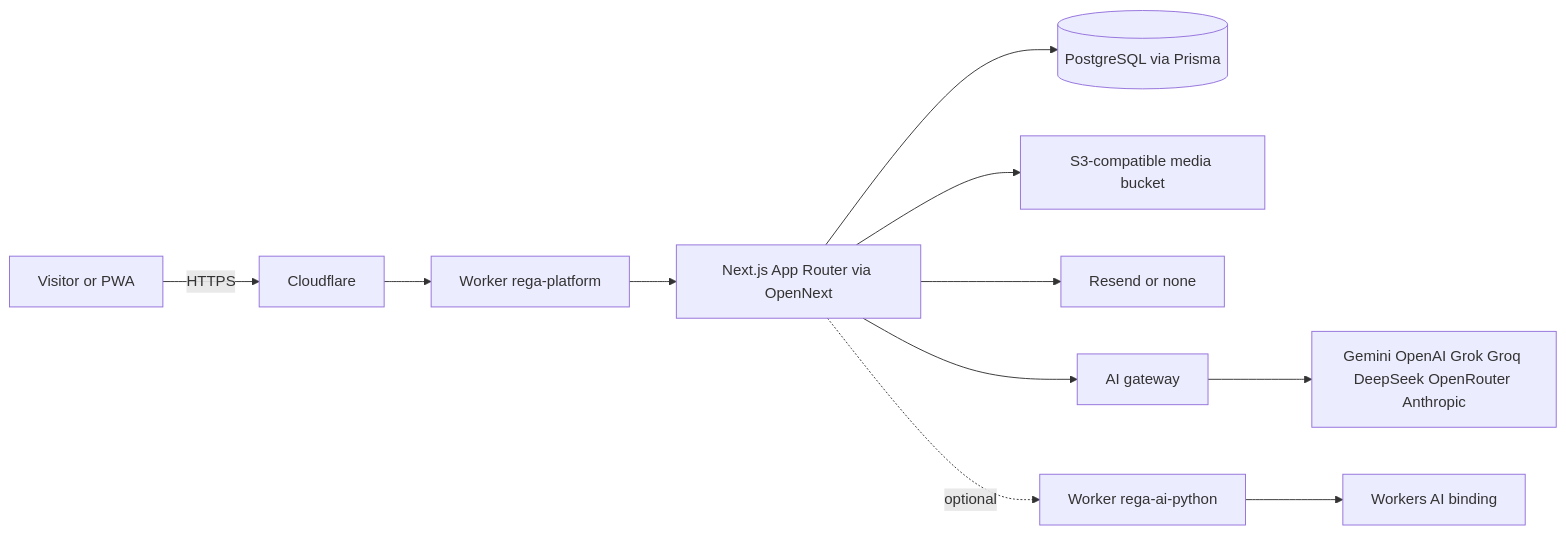
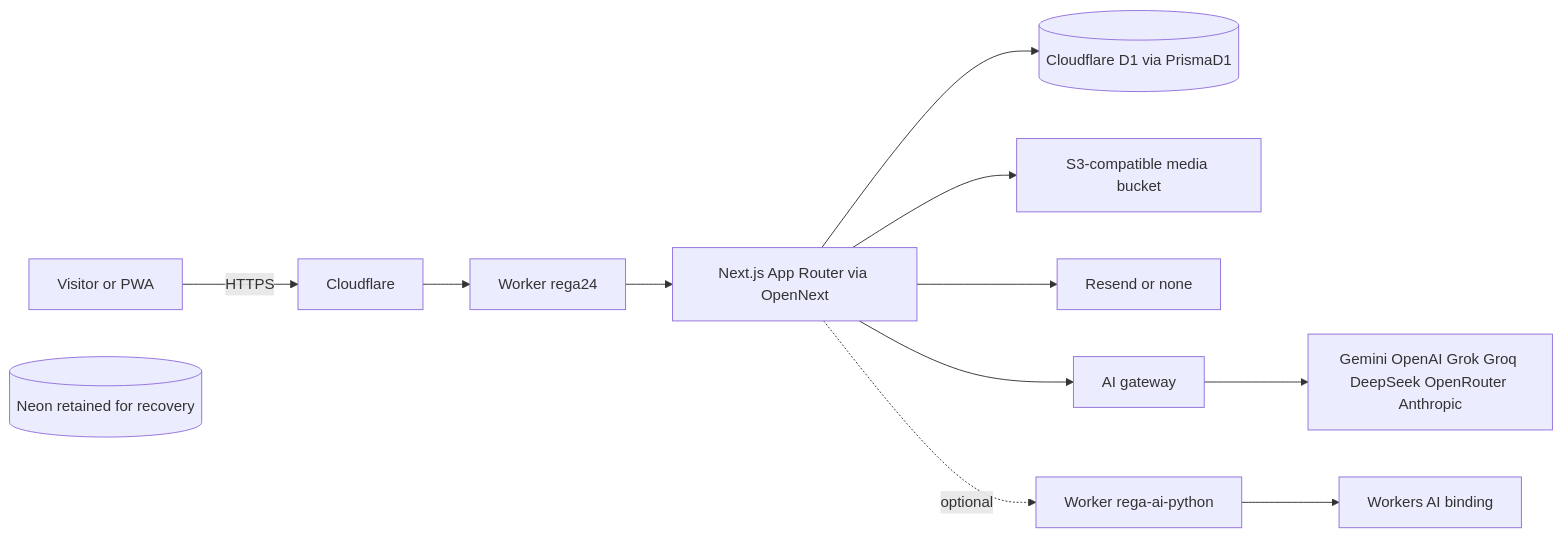
Before and after one commit to rebar9988-max/Rega: the first of 2 diagrams in REGA24_SYSTEM_MAP.md, drawn with Mermaid. The commit also changed other lines of this file and 5 other files, not shown here.

````diff
--- a/REGA24_SYSTEM_MAP.md
+++ b/REGA24_SYSTEM_MAP.md
@@ -41,13 +43,14 @@
 ```mermaid
 flowchart LR
   visitor[Visitor or PWA] -->|HTTPS| cf[Cloudflare]
-  cf --> worker[Worker rega-platform]
+  cf --> worker[Worker rega24]
   worker --> app[Next.js App Router via OpenNext]
-  app --> pg[(PostgreSQL via Prisma)]
+  app --> d1[(Cloudflare D1 via PrismaD1)]
+  pg[(Neon retained for recovery)]
   app --> media[S3-compatible media bucket]
   app --> mail[Resend or none]
   app --> gateway[AI gateway]
   gateway --> vendors[Gemini OpenAI Grok Groq DeepSeek OpenRouter Anthropic]
   app -. optional .-> py[Worker rega-ai-python]
   py --> wai[Workers AI binding]
 ```
````
